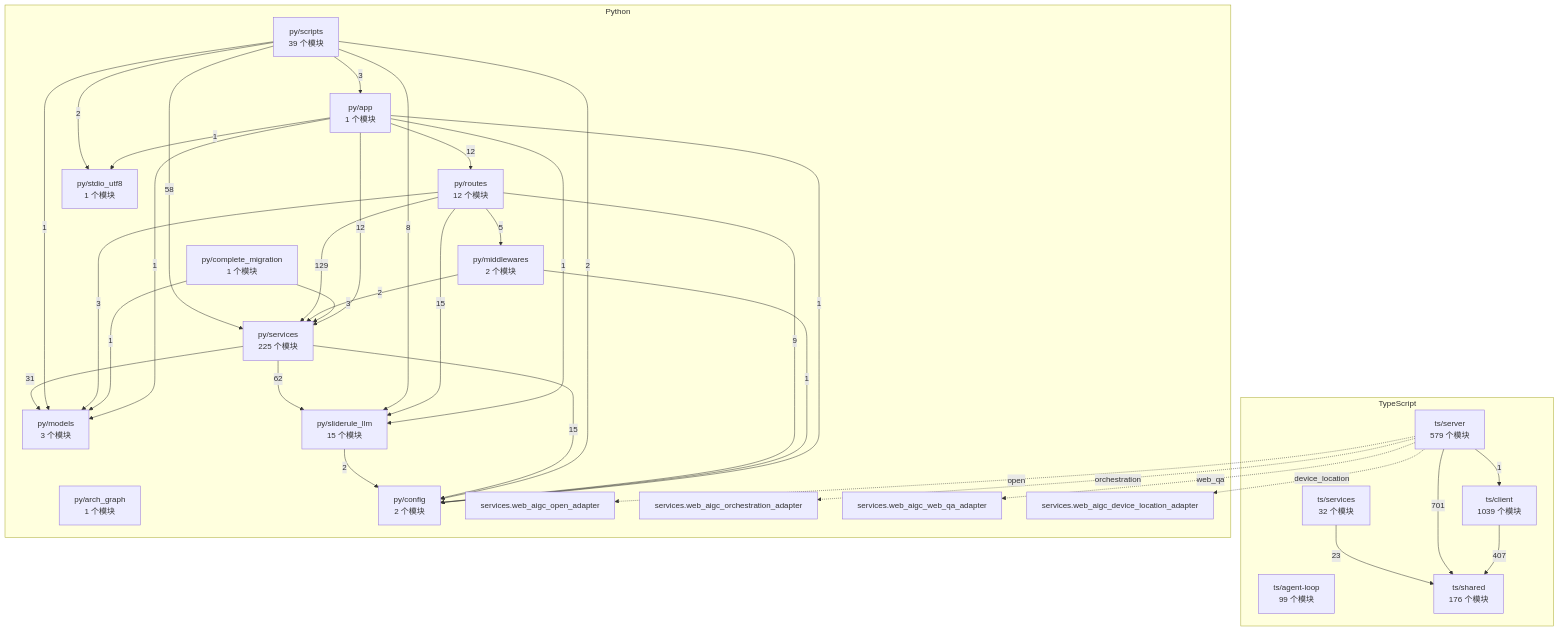
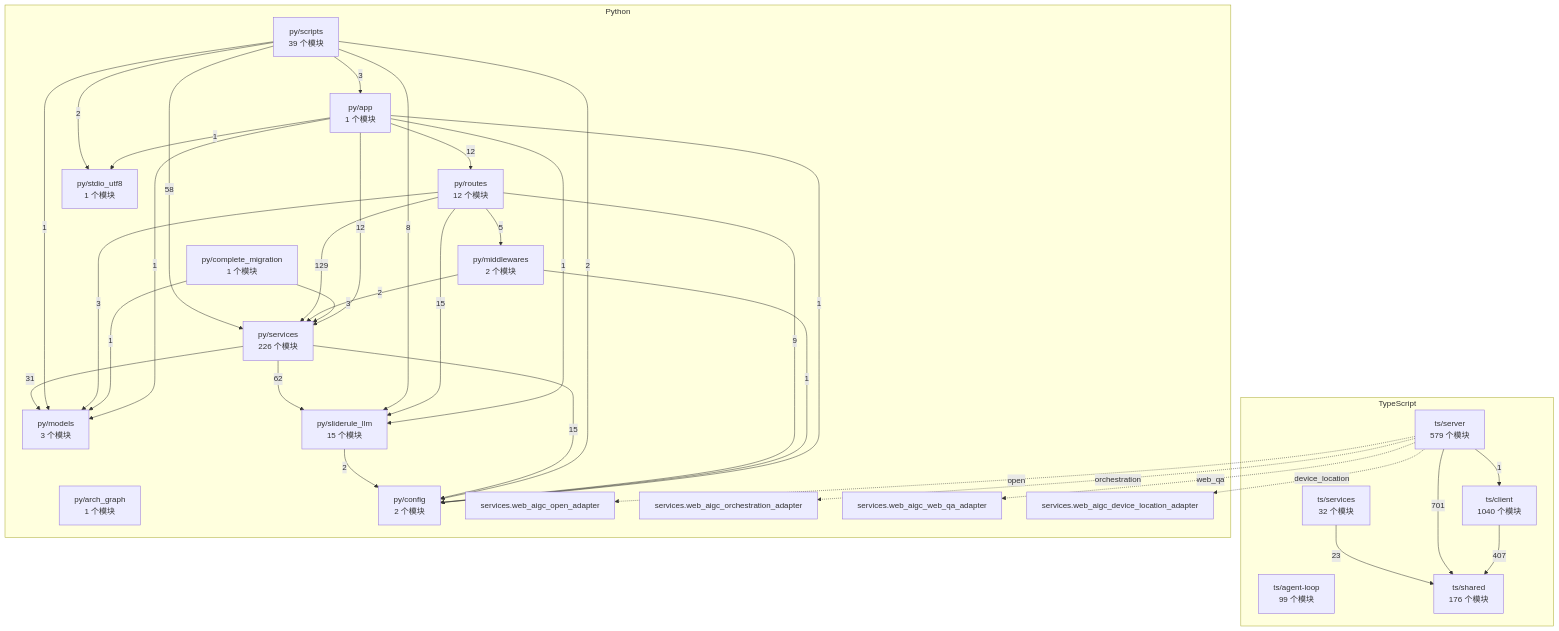
The diagram in docs/WhyBuddy 全仓架构图（自动生成）.md (2686521696/WhyBuddy), drawn with Mermaid before and after one commit. The commit also changed 12 other files, not shown here.

````diff
--- a/docs/WhyBuddy 全仓架构图（自动生成）.md
+++ b/docs/WhyBuddy 全仓架构图（自动生成）.md
@@ -14,60 +14,60 @@
 ```mermaid
 flowchart TB
   subgraph ts [TypeScript]
     ts_agent_loop["ts/agent-loop<br/>99 个模块"]
-    ts_client["ts/client<br/>1039 个模块"]
+    ts_client["ts/client<br/>1040 个模块"]
     ts_server["ts/server<br/>579 个模块"]
     ts_services["ts/services<br/>32 个模块"]
     ts_shared["ts/shared<br/>176 个模块"]
   end
   subgraph py [Python]
     py_app["py/app<br/>1 个模块"]
     py_arch_graph["py/arch_graph<br/>1 个模块"]
     py_complete_migration["py/complete_migration<br/>1 个模块"]
     py_config["py/config<br/>2 个模块"]
     py_middlewares["py/middlewares<br/>2 个模块"]
     py_models["py/models<br/>3 个模块"]
     py_routes["py/routes<br/>12 个模块"]
     py_scripts["py/scripts<br/>39 个模块"]
-    py_services["py/services<br/>225 个模块"]
+    py_services["py/services<br/>226 个模块"]
     py_sliderule_llm["py/sliderule_llm<br/>15 个模块"]
     py_stdio_utf8["py/stdio_utf8<br/>1 个模块"]
     py_services_web_aigc_open_adapter["services.web_aigc_open_adapter"]
     py_services_web_aigc_orchestration_adapter["services.web_aigc_orchestration_adapter"]
     py_services_web_aigc_web_qa_adapter["services.web_aigc_web_qa_adapter"]
     py_services_web_aigc_device_location_adapter["services.web_aigc_device_location_adapter"]
   end
   ts_client -->|407| ts_shared
   ts_server -->|1| ts_client
   ts_server -->|701| ts_shared
   ts_services -->|23| ts_shared
   py_app -->|1| py_config
   py_app -->|1| py_models
   py_app -->|12| py_routes
   py_app -->|12| py_services
   py_app -->|1| py_sliderule_llm
   py_app -->|1| py_stdio_utf8
   py_complete_migration -->|1| py_models
   py_complete_migration -->|3| py_services
   py_middlewares -->|1| py_config
   py_middlewares -->|2| py_services
   py_routes -->|9| py_config
   py_routes -->|5| py_middlewares
   py_routes -->|3| py_models
   py_routes -->|129| py_services
   py_routes -->|15| py_sliderule_llm
   py_scripts -->|3| py_app
   py_scripts -->|2| py_config
   py_scripts -->|1| py_models
   py_scripts -->|58| py_services
   py_scripts -->|8| py_sliderule_llm
   py_scripts -->|2| py_stdio_utf8
   py_services -->|15| py_config
   py_services -->|31| py_models
   py_services -->|62| py_sliderule_llm
   py_sliderule_llm -->|2| py_config
   ts_server -.->|open| py_services_web_aigc_open_adapter
   ts_server -.->|orchestration| py_services_web_aigc_orchestration_adapter
   ts_server -.->|web_qa| py_services_web_aigc_web_qa_adapter
   ts_server -.->|device_location| py_services_web_aigc_device_location_adapter
 ```
````
